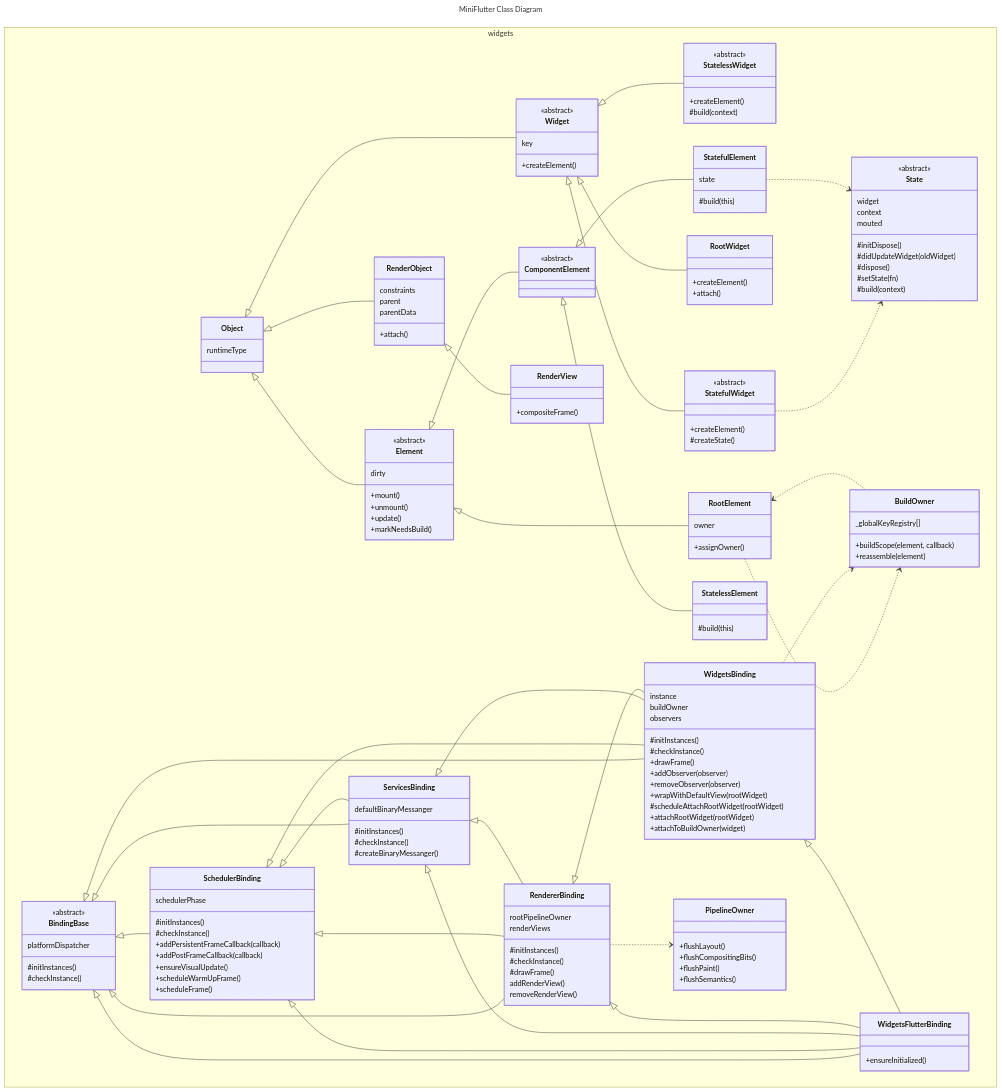
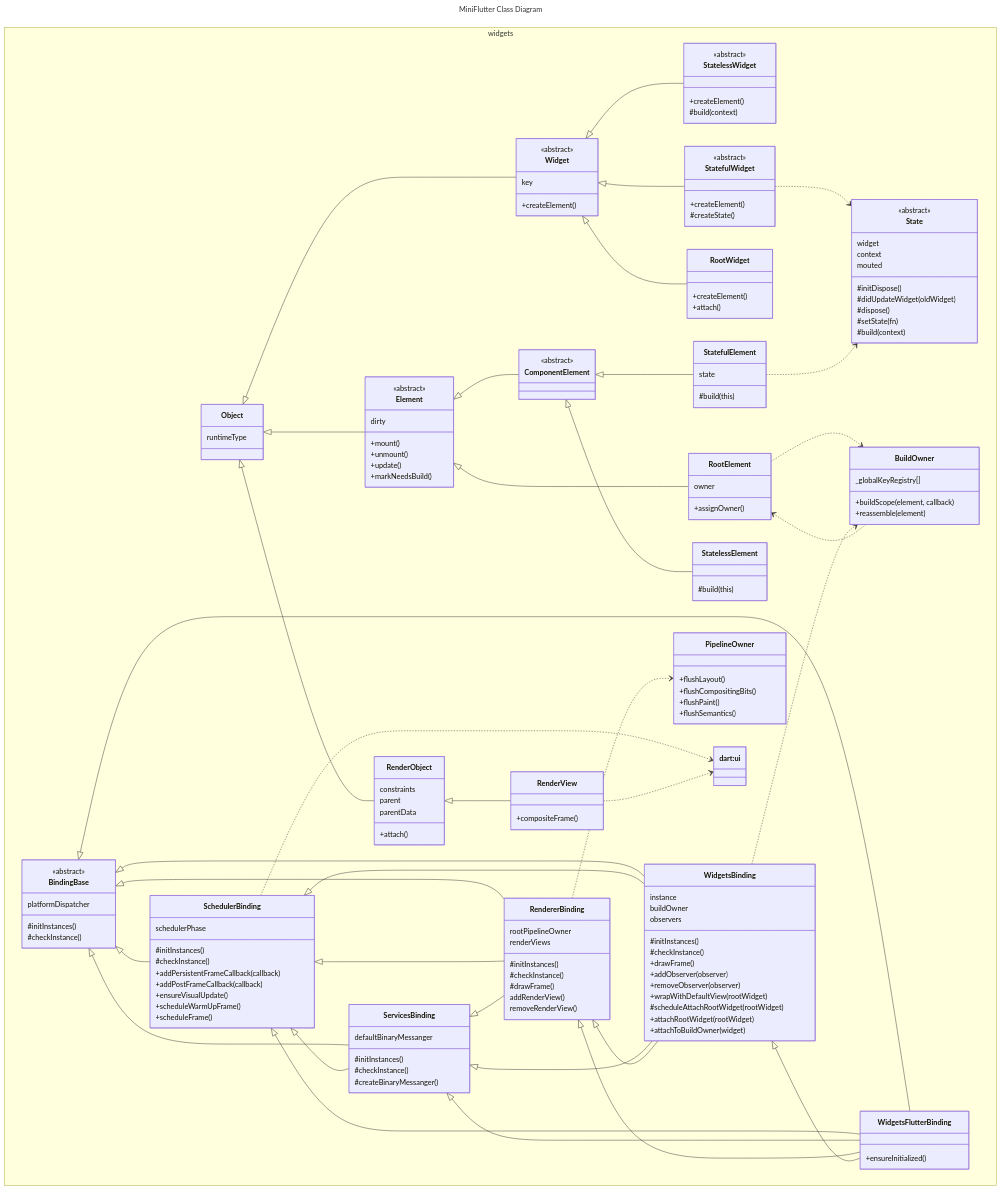
Before and after one commit to keiseiisobe/miniflutter: the first of 2 diagrams in docs/ARCHITECTURE.md, drawn with Mermaid.

````diff
--- a/docs/ARCHITECTURE.md
+++ b/docs/ARCHITECTURE.md
@@ -143,6 +143,8 @@
         +flushPaint()
         +flushSemantics()
     }
+    class ui["dart:ui"] {
+    }
 }
 
     %% Object inheritance
@@ -191,7 +193,12 @@
     %% Binding dependency
     WidgetsBinding ..> BuildOwner
     RendererBinding ..> PipelineOwner
+    SchedulerBinding ..> ui
 
     %% Owner dependency
     BuildOwner ..> RootElement
+
+    %% Ui dependency
+    RenderView ..> ui
+
 ```
````
